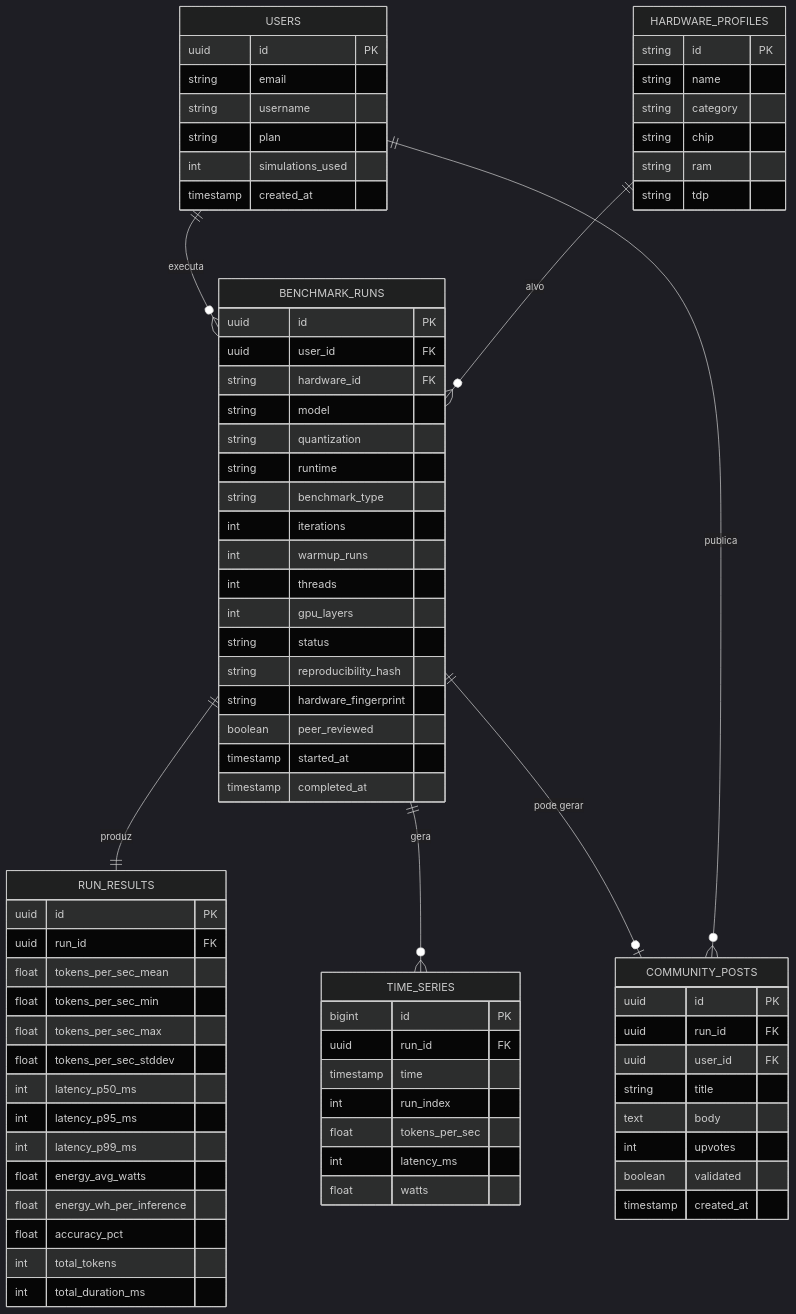
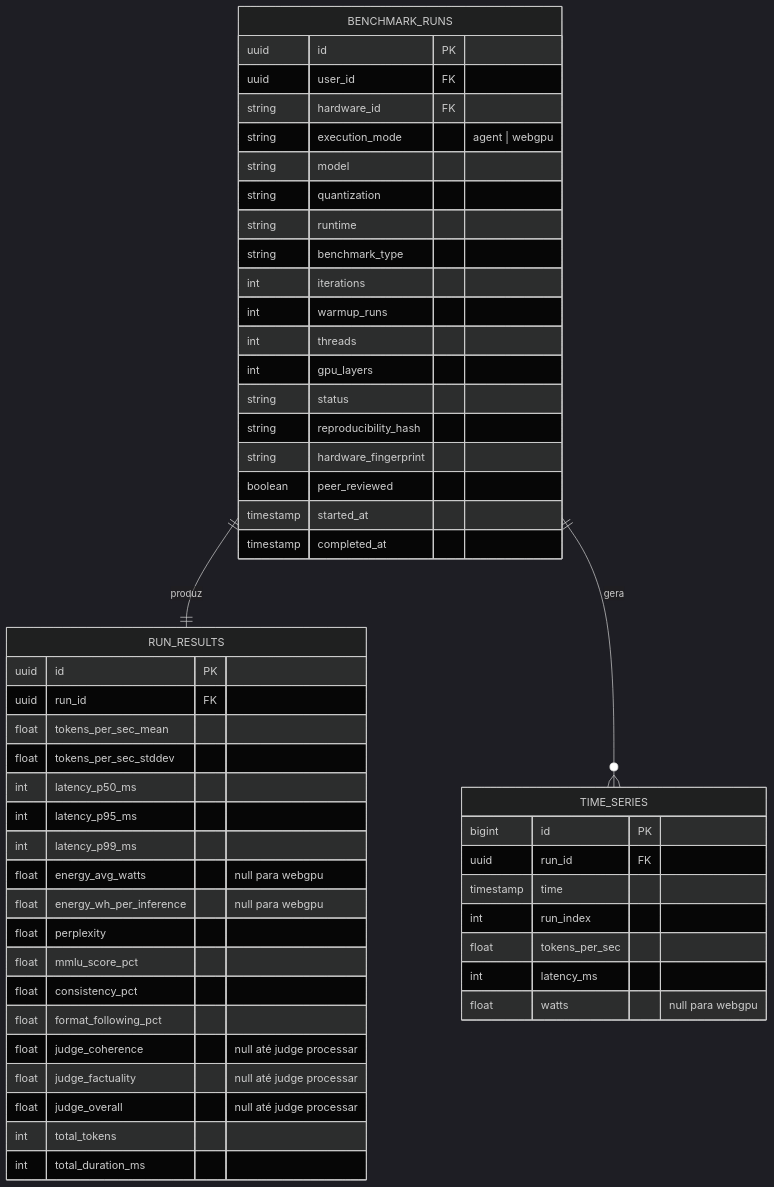
One commit to maktheus/Tcc-front-env-v3 changed the sixth of 7 diagrams in docs/architecture.md. Above: the diagram before and after it, drawn with Mermaid (dark theme). The commit also changed other lines of this file and 2 other files, not shown here.

First line of the commit message:
feat: dual-path architecture (Agent + WebGPU) + quality benchmarks

````diff
--- a/docs/architecture.md
+++ b/docs/architecture.md
@@ -132,27 +202,10 @@
 ```mermaid
 erDiagram
-    USERS {
-        uuid id PK
-        string email
-        string username
-        string plan
-        int simulations_used
-        timestamp created_at
-    }
-
-    HARDWARE_PROFILES {
-        string id PK
-        string name
-        string category
-        string chip
-        string ram
-        string tdp
-    }
-
     BENCHMARK_RUNS {
         uuid id PK
         uuid user_id FK
         string hardware_id FK
+        string execution_mode "agent | webgpu"
         string model
         string quantization
         string runtime
@@ -173,15 +226,19 @@
         uuid id PK
         uuid run_id FK
         float tokens_per_sec_mean
-        float tokens_per_sec_min
-        float tokens_per_sec_max
         float tokens_per_sec_stddev
         int latency_p50_ms
         int latency_p95_ms
         int latency_p99_ms
-        float energy_avg_watts
-        float energy_wh_per_inference
-        float accuracy_pct
+        float energy_avg_watts "null para webgpu"
+        float energy_wh_per_inference "null para webgpu"
+        float perplexity
+        float mmlu_score_pct
+        float consistency_pct
+        float format_following_pct
+        float judge_coherence "null até judge processar"
+        float judge_factuality "null até judge processar"
+        float judge_overall "null até judge processar"
         int total_tokens
         int total_duration_ms
     }
@@ -193,24 +250,9 @@
         int run_index
         float tokens_per_sec
         int latency_ms
-        float watts
+        float watts "null para webgpu"
     }
 
-    COMMUNITY_POSTS {
-        uuid id PK
-        uuid run_id FK
-        uuid user_id FK
-        string title
-        text body
-        int upvotes
-        boolean validated
-        timestamp created_at
-    }
-
-    USERS ||--o{ BENCHMARK_RUNS : "executa"
-    HARDWARE_PROFILES ||--o{ BENCHMARK_RUNS : "alvo"
     BENCHMARK_RUNS ||--|| RUN_RESULTS : "produz"
     BENCHMARK_RUNS ||--o{ TIME_SERIES : "gera"
-    BENCHMARK_RUNS ||--o| COMMUNITY_POSTS : "pode gerar"
-    USERS ||--o{ COMMUNITY_POSTS : "publica"
 ```
````
